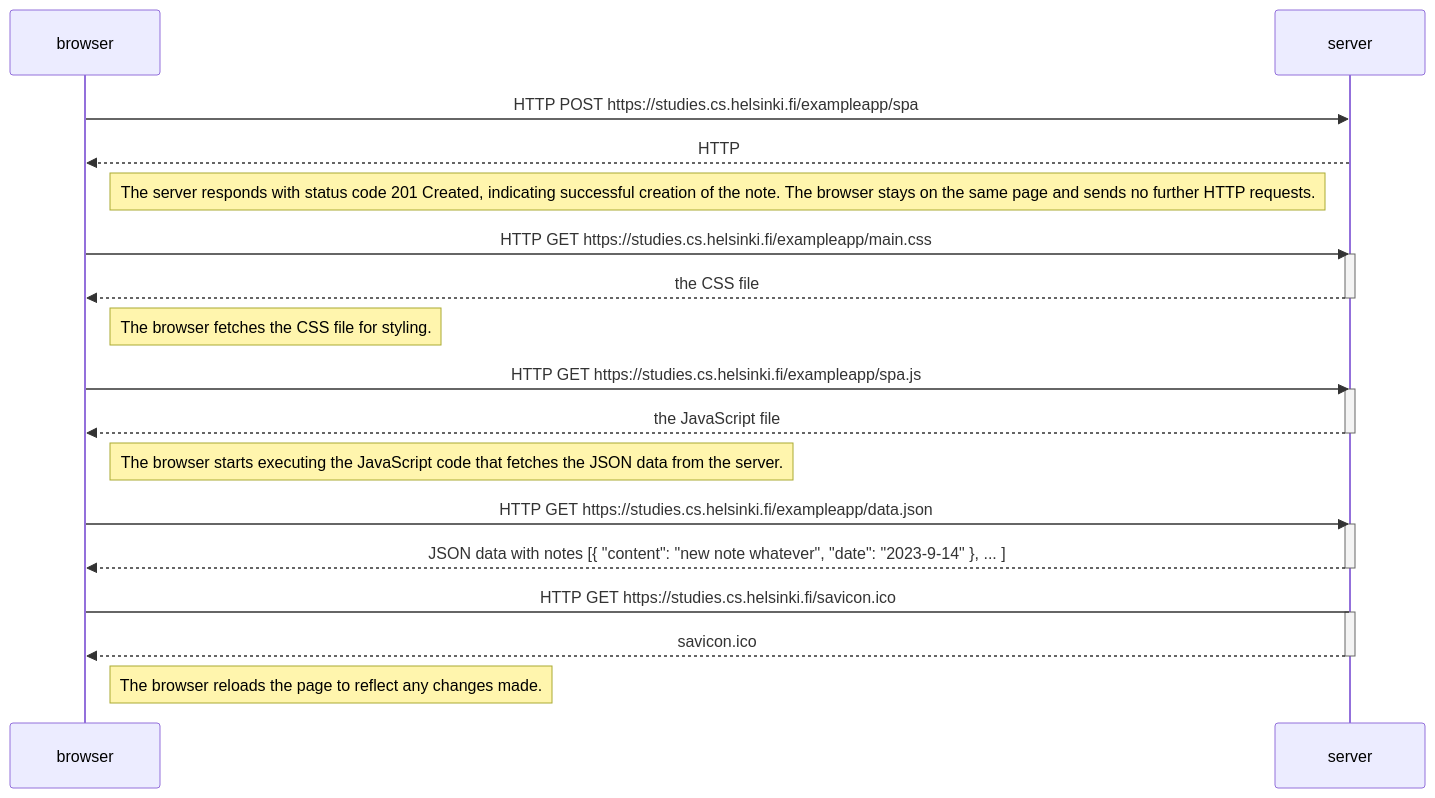
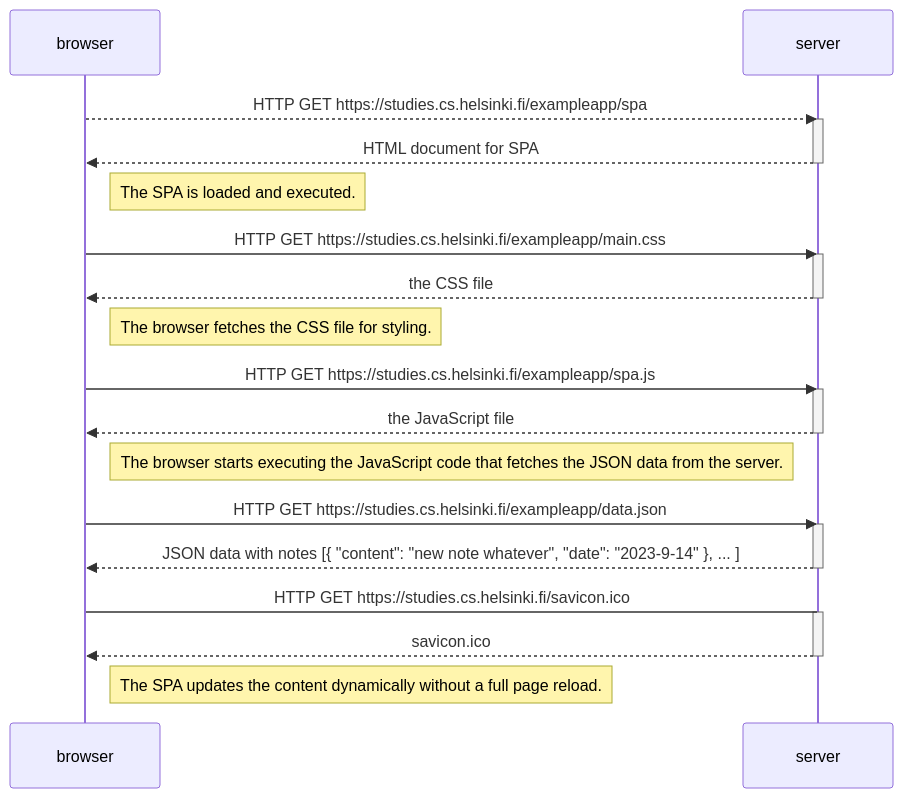
Before and after one commit to ana-sv/FullStackCourse: the diagram in Part0/0.5.md, drawn with Mermaid. The commit also changed 2 other files, not shown here.

Commit message:
minor updates

````diff
--- a/Part0/0.5.md
+++ b/Part0/0.5.md
@@ -4,36 +4,37 @@
 ```mermaid
 sequenceDiagram
     participant browser
     participant server
 
-    browser->>server: HTTP POST https://studies.cs.helsinki.fi/exampleapp/spa
-
-    server-->>browser: HTTP
-    Note right of browser: The server responds with status code 201 Created, indicating successful creation of the note. The browser stays on the same page and sends no further HTTP requests.
+    browser-->>server: HTTP GET https://studies.cs.helsinki.fi/exampleapp/spa
+    activate server
+    server-->>browser: HTML document for SPA
+    deactivate server
+    Note right of browser: The SPA is loaded and executed.
 
     browser->>server: HTTP GET https://studies.cs.helsinki.fi/exampleapp/main.css
     activate server
     server-->>browser: the CSS file
     deactivate server
     Note right of browser: The browser fetches the CSS file for styling.
 
     browser->>server: HTTP GET https://studies.cs.helsinki.fi/exampleapp/spa.js
     activate server
     server-->>browser: the JavaScript file
     deactivate server
 
     Note right of browser: The browser starts executing the JavaScript code that fetches the JSON data from the server.
 
     browser->>server: HTTP GET https://studies.cs.helsinki.fi/exampleapp/data.json
     activate server
     server-->>browser: JSON data with notes [{ "content": "new note whatever", "date": "2023-9-14" }, ... ]
     deactivate server
 
     browser->server: HTTP GET https://studies.cs.helsinki.fi/savicon.ico
     activate server
     server-->>browser: savicon.ico
     deactivate server
 
-    Note right of browser: The browser reloads the page to reflect any changes made.
+    Note right of browser:  The SPA updates the content dynamically without a full page reload.
 
 ```
````
